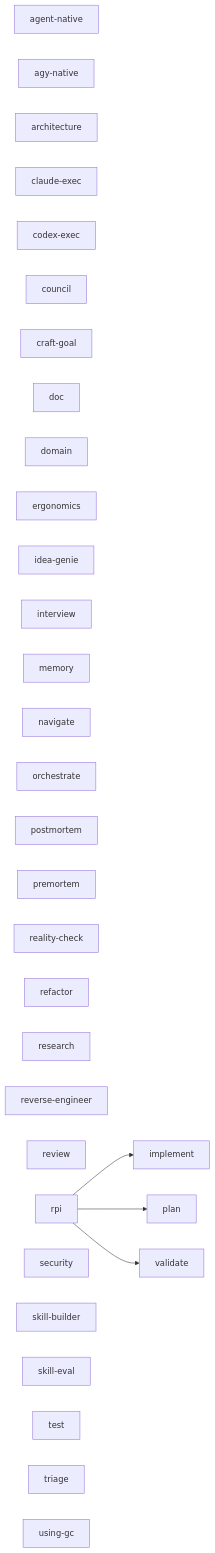
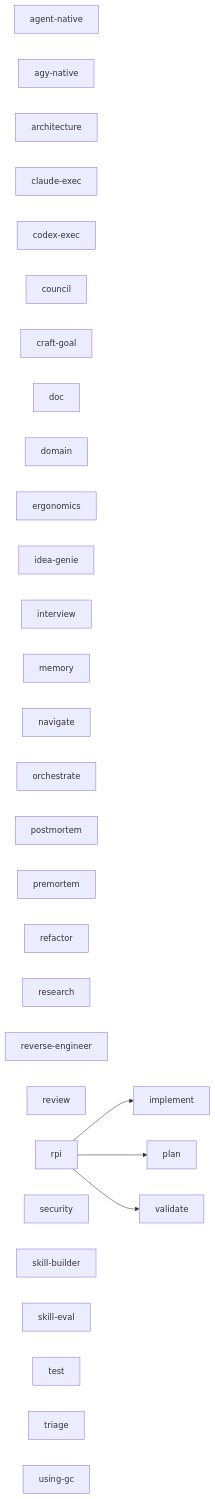
The diagram in docs/reference/agentops-skill-graph.md (boshu2/agentops), drawn with Mermaid before and after one commit. The commit also changed 76 other files, not shown here.

First line of the commit message:
feat(skills): load RPI, Postmortem, Interview and Craft Goal by name; fold Reality Check into Research

````diff
--- a/docs/reference/agentops-skill-graph.md
+++ b/docs/reference/agentops-skill-graph.md
@@ -5,38 +5,37 @@
 ```mermaid
 graph LR
   agent_native["agent-native"]
   agy_native["agy-native"]
   architecture["architecture"]
   claude_exec["claude-exec"]
   codex_exec["codex-exec"]
   council["council"]
   craft_goal["craft-goal"]
   doc["doc"]
   domain["domain"]
   ergonomics["ergonomics"]
   idea_genie["idea-genie"]
   implement["implement"]
   interview["interview"]
   memory["memory"]
   navigate["navigate"]
   orchestrate["orchestrate"]
   plan["plan"]
   postmortem["postmortem"]
   premortem["premortem"]
-  reality_check["reality-check"]
   refactor["refactor"]
   research["research"]
   reverse_engineer["reverse-engineer"]
   review["review"]
   rpi["rpi"]
   security["security"]
   skill_builder["skill-builder"]
   skill_eval["skill-eval"]
   test["test"]
   triage["triage"]
   using_gc["using-gc"]
   validate["validate"]
   rpi --> implement
   rpi --> plan
   rpi --> validate
 ```
````
